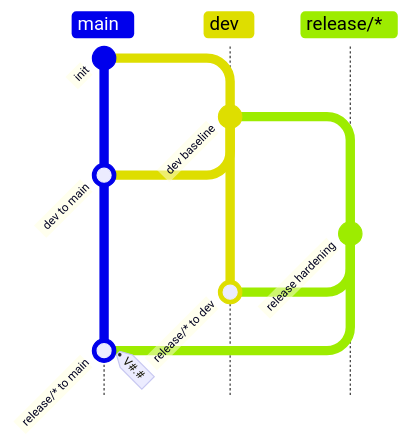
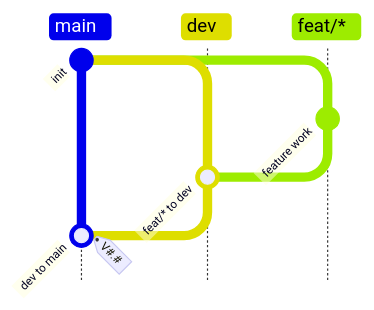
Before and after one commit to ylang-ylang/gitguard: the diagram in configs/dev-release/contribution.md, drawn with Mermaid. The commit also changed other lines of this file and 11 other files, not shown here.

Commit message:
Align dev-only and dev-release policies

````diff
--- a/configs/dev-release/contribution.md
+++ b/configs/dev-release/contribution.md
@@ -3,19 +3,14 @@
 ```mermaid
 gitGraph TB:
     commit id:"init"
     branch dev
     checkout dev
-    commit id:"dev baseline"
+    branch "feat/*"
+    checkout "feat/*"
+    commit id:"feature work"
+    checkout dev
+    merge "feat/*" id:"feat/* to dev"
+
     checkout main
-    merge dev id:"dev to main"
-
-    %% Release from dev back to dev, then to main
-    checkout dev
-    branch "release/*"
-    checkout "release/*"
-    commit id:"release hardening"
-    checkout dev
-    merge "release/*" id:"release/* to dev"
-    checkout main
-    merge "release/*" id:"release/* to main" tag:"V#.#"
+    merge dev id:"dev to main" tag:"V#.#"
 ```
````
